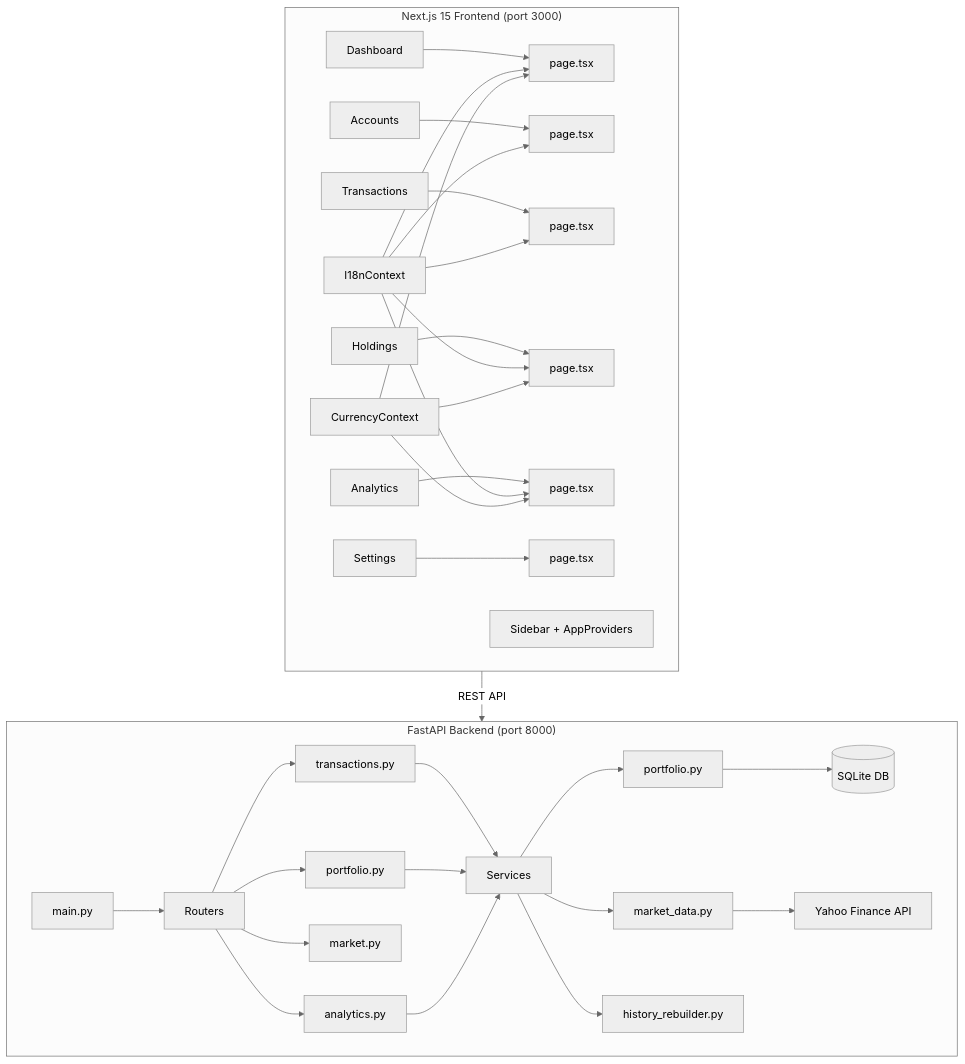
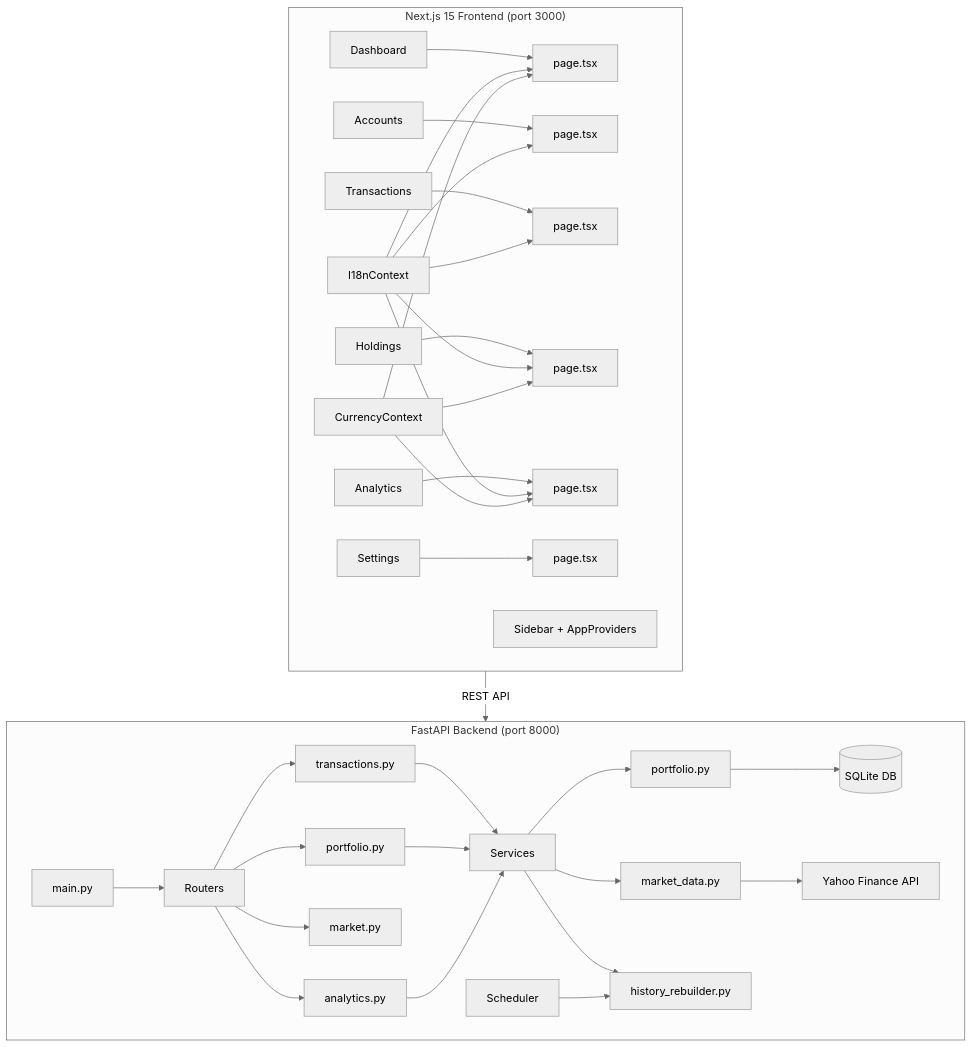
One commit to TamChonMan/Assest changed the first of 2 diagrams in README.md. Above: the diagram before and after it, drawn with Mermaid (neutral theme). The commit also changed other lines of this file and 14 other files, not shown here.

````diff
--- a/README.md
+++ b/README.md
@@ -47,32 +55,33 @@
 ```mermaid
 graph TD
     subgraph Frontend ["Next.js 15 Frontend (port 3000)"]
         A[Dashboard] --> B[page.tsx]
         C[Accounts] --> D[page.tsx]
         E[Transactions] --> F[page.tsx]
         G[Holdings] --> H[page.tsx]
         I[Analytics] --> J[page.tsx]
         K[Settings] --> L[page.tsx]
         M[I18nContext] --> B & D & F & H & J
         N[CurrencyContext] --> B & H & J
         O[Sidebar + AppProviders]
     end
 
     subgraph Backend ["FastAPI Backend (port 8000)"]
         P[main.py] --> Q[Routers]
         Q --> R[transactions.py]
         Q --> S[portfolio.py]
         Q --> T[market.py]
         Q --> U[analytics.py]
         R --> V[Services]
         S --> V
         U --> V
         V --> W[portfolio.py]
         V --> X[market_data.py]
         V --> Y[history_rebuilder.py]
         W --> Z[(SQLite DB)]
         X --> AA[Yahoo Finance API]
+        BB[Scheduler] --> Y
     end
 
     Frontend -->|REST API| Backend
 ```
````
